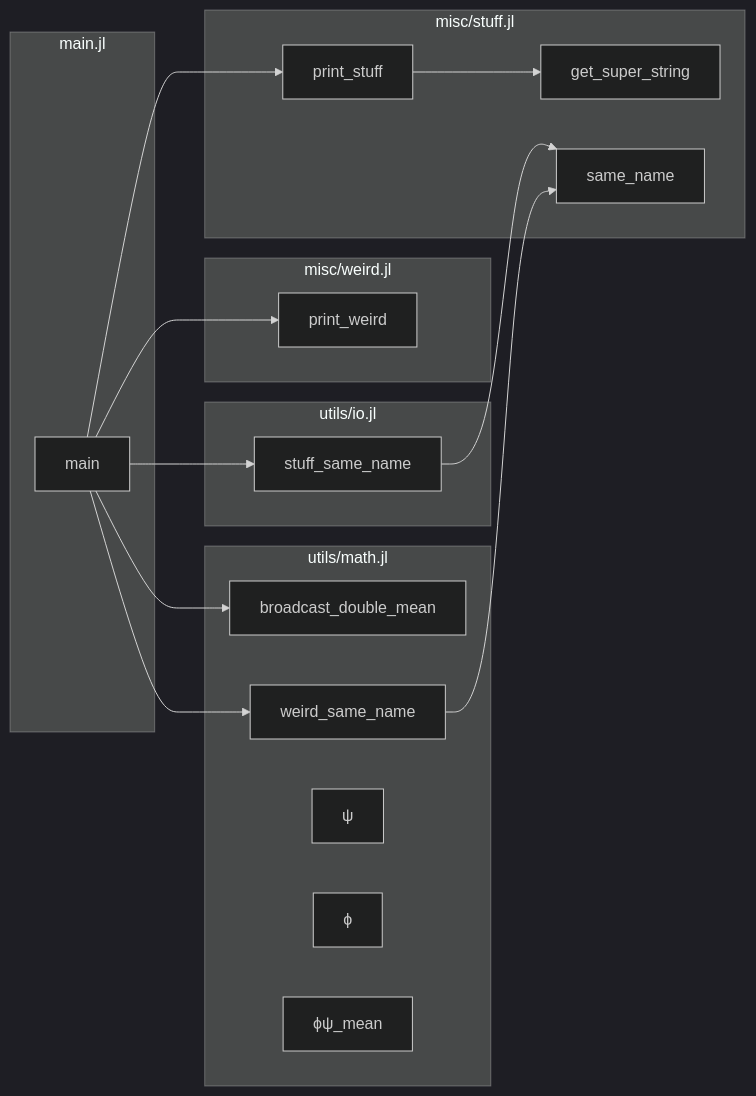
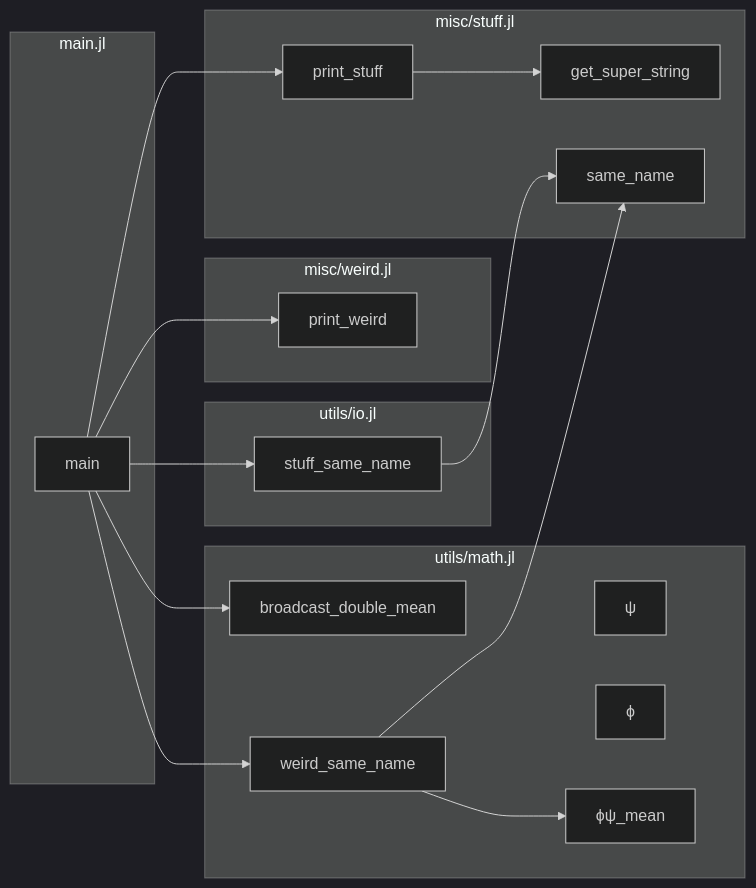
Before and after one commit to t-garin/MermaidCallGraph.jl: the diagram in test/test_repo_1/test_repo_1.md, drawn with Mermaid (dark theme). The commit also changed 2 other files, not shown here.

Commit message:
[BROKEN] more edge cases in test_repo_1

````diff
--- a/test/test_repo_1/test_repo_1.md
+++ b/test/test_repo_1/test_repo_1.md
@@ -1,33 +1,34 @@
 ```mermaid
 flowchart LR
     subgraph main.jl
         main["main"]
     end
     subgraph misc/stuff.jl
         get_super_string["get_super_string"]
         print_stuff["print_stuff"]
         same_name["same_name"]
     end
     subgraph misc/weird.jl
         print_weird["print_weird"]
         same_name["same_name"]
     end
     subgraph utils/io.jl
         stuff_same_name["stuff_same_name"]
     end
     subgraph utils/math.jl
         broadcast_double_mean["broadcast_double_mean"]
         weird_same_name["weird_same_name"]
         ψ["ψ"]
         ϕ["ϕ"]
         ϕψ_mean["ϕψ_mean"]
     end
     main --> broadcast_double_mean
     main --> print_stuff
     main --> print_weird
     main --> stuff_same_name
     main --> weird_same_name
     print_stuff --> get_super_string
     stuff_same_name --> same_name
     weird_same_name --> same_name
+    weird_same_name --> ϕψ_mean
 ```
````
